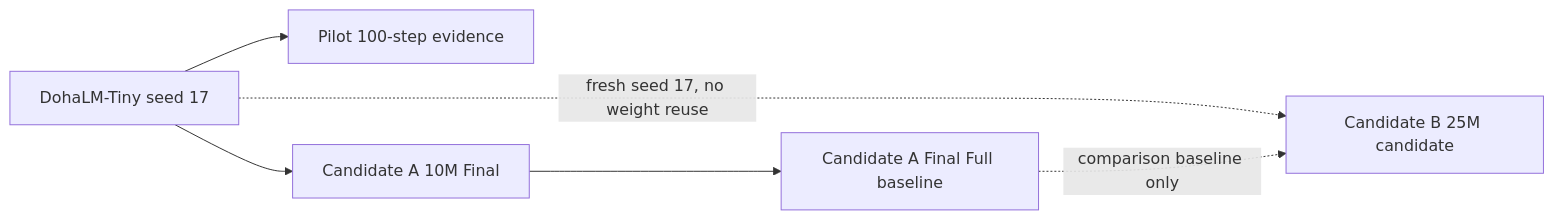
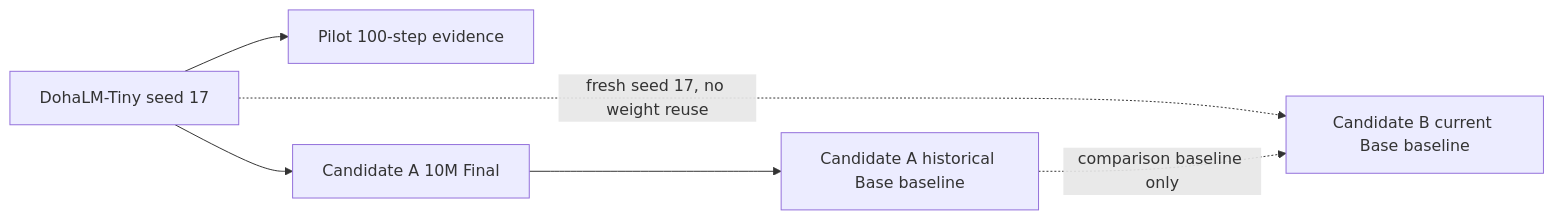
One commit to DohaStudio/DohaLM changed the second of 2 diagrams in docs/project/model-lineage.md. Above: the diagram before and after it, drawn with Mermaid. The commit also changed other lines of this file and 26 other files, not shown here.

Commit message:
docs(model): ADR-008 기준 Candidate B Base baseline 승격

````diff
--- a/docs/project/model-lineage.md
+++ b/docs/project/model-lineage.md
@@ -57,13 +57,13 @@
 ```mermaid
 flowchart LR
     Initial[DohaLM-Tiny seed 17]
     Pilot[Pilot 100-step evidence]
     CandidateA[Candidate A 10M Final]
-    Baseline[Candidate A Final Full baseline]
-    CandidateB[Candidate B 25M candidate]
+    Baseline[Candidate A historical Base baseline]
+    CandidateB[Candidate B current Base baseline]
 
     Initial --> Pilot
     Initial --> CandidateA --> Baseline
     Initial -. fresh seed 17, no weight reuse .-> CandidateB
     Baseline -. comparison baseline only .-> CandidateB
 ```
````
